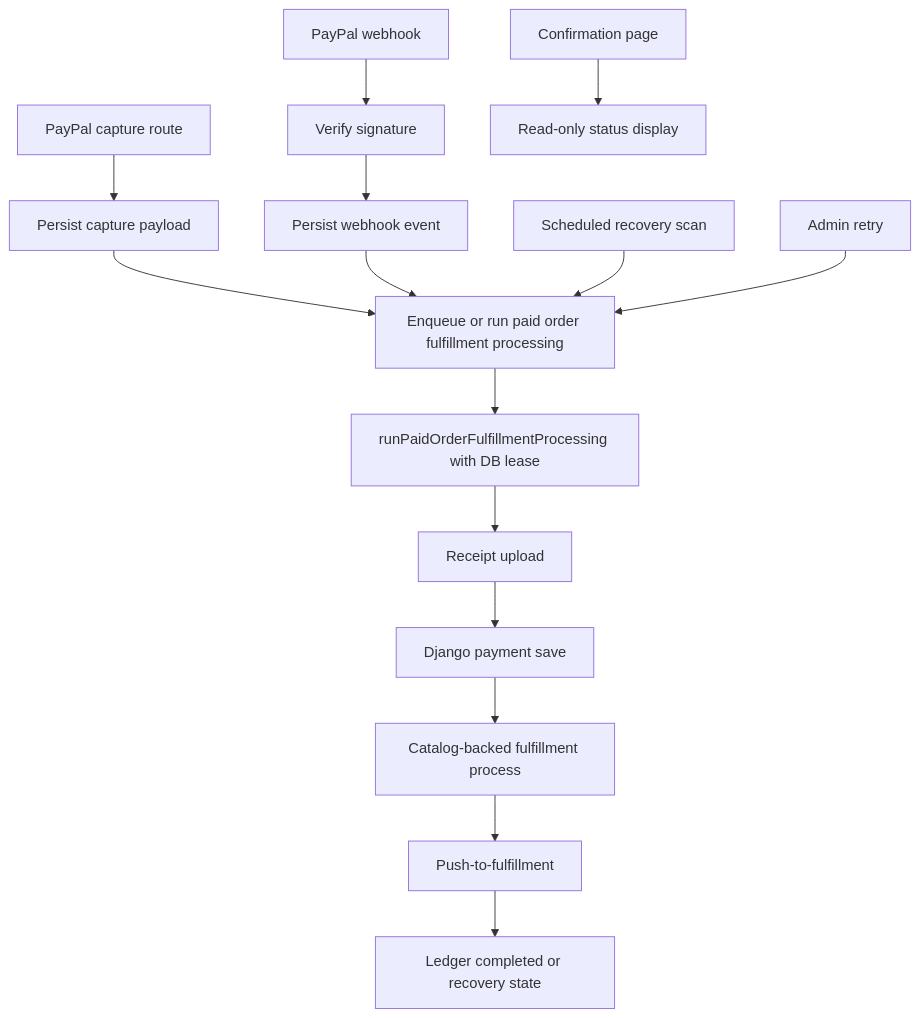
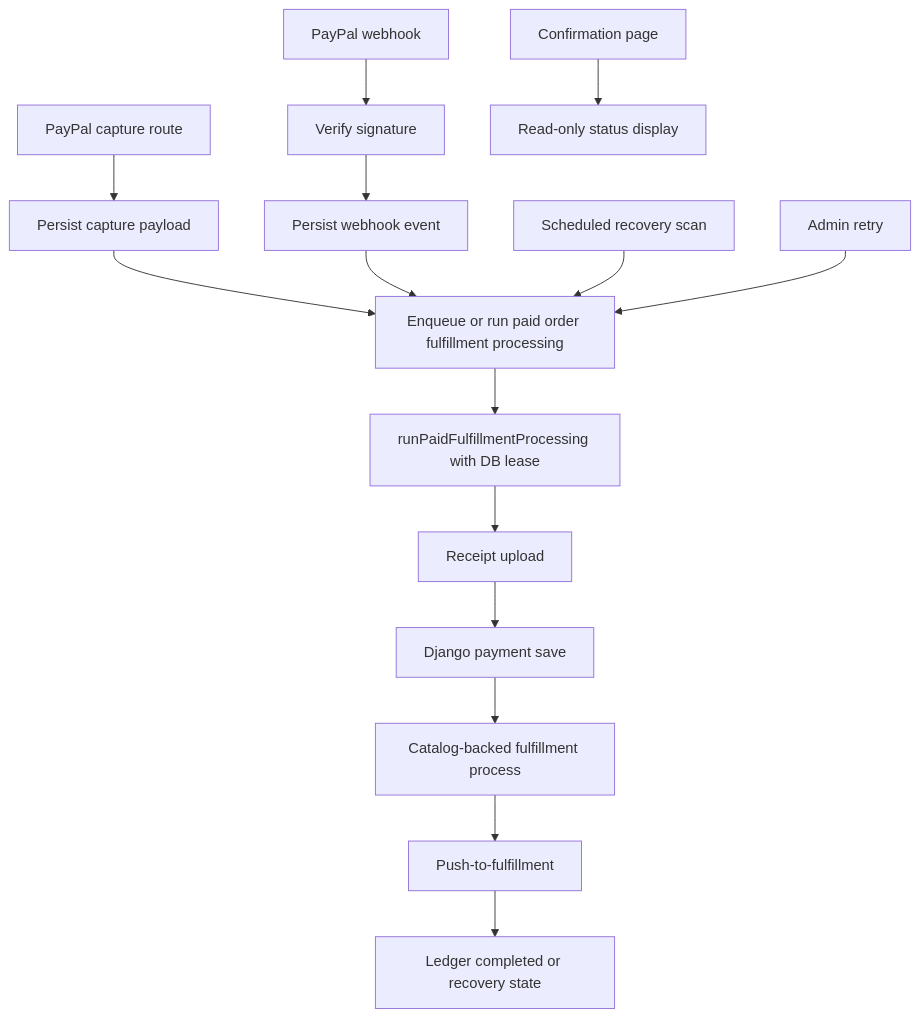
The diagram in Future Implementation Guides/PAYPAL_WEBHOOK_REGISTRATION_AND_RECOVERY_GUIDE.md (Codex-Christi/codex_christi_frontend), drawn with Mermaid before and after one commit. The commit also changed other lines of this file and 21 other files, not shown here.

````diff
--- a/Future Implementation Guides/PAYPAL_WEBHOOK_REGISTRATION_AND_RECOVERY_GUIDE.md
+++ b/Future Implementation Guides/PAYPAL_WEBHOOK_REGISTRATION_AND_RECOVERY_GUIDE.md
@@ -332,17 +332,17 @@
 ```mermaid
 flowchart TD
   A["PayPal capture route"] --> B["Persist capture payload"]
   B --> C["Enqueue or run paid order fulfillment processing"]
   D["PayPal webhook"] --> E["Verify signature"]
   E --> F["Persist webhook event"]
   F --> C
-  C --> G["runPaidOrderFulfillmentProcessing with DB lease"]
+  C --> G["runPaidFulfillmentProcessing with DB lease"]
   G --> H["Receipt upload"]
   H --> I["Django payment save"]
   I --> J["Catalog-backed fulfillment process"]
   J --> K["Push-to-fulfillment"]
   K --> L["Ledger completed or recovery state"]
   R["Scheduled recovery scan"] --> C
   M["Admin retry"] --> C
   N["Confirmation page"] --> O["Read-only status display"]
 ```
````
